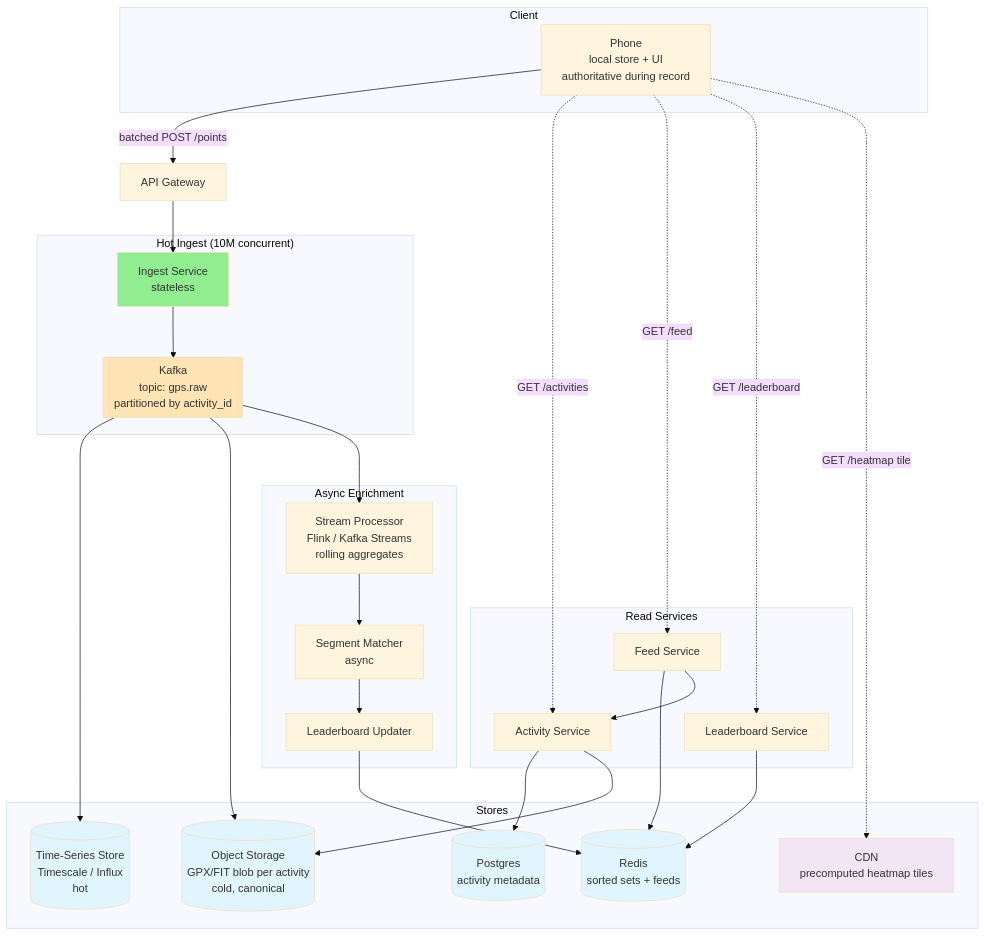
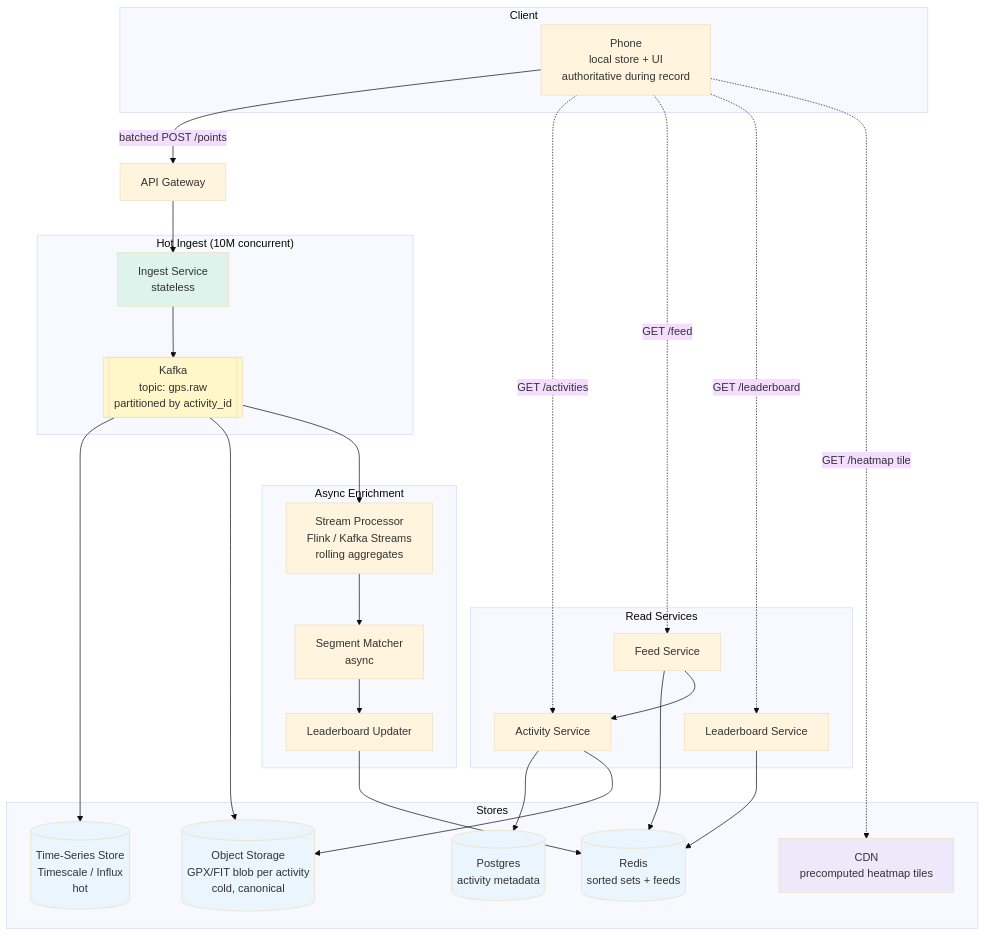
The first of 6 diagrams in LLD/questions/Design Strava.md (cartmancodes/InterviewVault), drawn with Mermaid (base theme) before and after one commit. The commit also changed other lines of this file and 679 other files, not shown here.

Commit message:
Unify content diagrams and add accessible visual walkthroughs

````diff
--- a/LLD/questions/Design Strava.md
+++ b/LLD/questions/Design Strava.md
@@ -154,62 +154,62 @@
 ```mermaid
 graph TB
     subgraph Client
         PH[Phone<br/>local store + UI<br/>authoritative during record]
     end
 
     GW[API Gateway]
 
     subgraph Ingest["Hot Ingest (10M concurrent)"]
         IS[Ingest Service<br/>stateless]
         KAFKA[[Kafka<br/>topic: gps.raw<br/>partitioned by activity_id]]
     end
 
     subgraph Enrichment["Async Enrichment"]
         SP[Stream Processor<br/>Flink / Kafka Streams<br/>rolling aggregates]
         SM[Segment Matcher<br/>async]
         LU[Leaderboard Updater]
     end
 
     subgraph Stores
         TS[(Time-Series Store<br/>Timescale / Influx<br/>hot)]
         S3[(Object Storage<br/>GPX/FIT blob per activity<br/>cold, canonical)]
         PG[(Postgres<br/>activity metadata)]
         RS[(Redis<br/>sorted sets + feeds)]
         CDN[CDN<br/>precomputed heatmap tiles]
     end
 
     subgraph ReadServices["Read Services"]
         AS[Activity Service]
         FS[Feed Service]
         LS[Leaderboard Service]
     end
 
     PH -->|batched POST /points| GW
     GW --> IS
     IS --> KAFKA
     KAFKA --> TS
     KAFKA --> S3
     KAFKA --> SP
     SP --> SM
     SM --> LU
     LU --> RS
 
     AS --> PG
     AS --> S3
     FS --> RS
     FS --> AS
     LS --> RS
 
     PH -.GET /activities.-> AS
     PH -.GET /feed.-> FS
     PH -.GET /leaderboard.-> LS
     PH -.GET /heatmap tile.-> CDN
 
-    style KAFKA fill:#FFE4B5
-    style TS fill:#e1f5ff
-    style S3 fill:#e1f5ff
-    style PG fill:#e1f5ff
-    style RS fill:#e1f5ff
-    style CDN fill:#f3e5f5
-    style IS fill:#90EE90
+    style KAFKA fill:#FFF6C9
+    style TS fill:#EAF5FD
+    style S3 fill:#EAF5FD
+    style PG fill:#EAF5FD
+    style RS fill:#EAF5FD
+    style CDN fill:#EDE8FA
+    style IS fill:#DDF3EC
 ```
````
